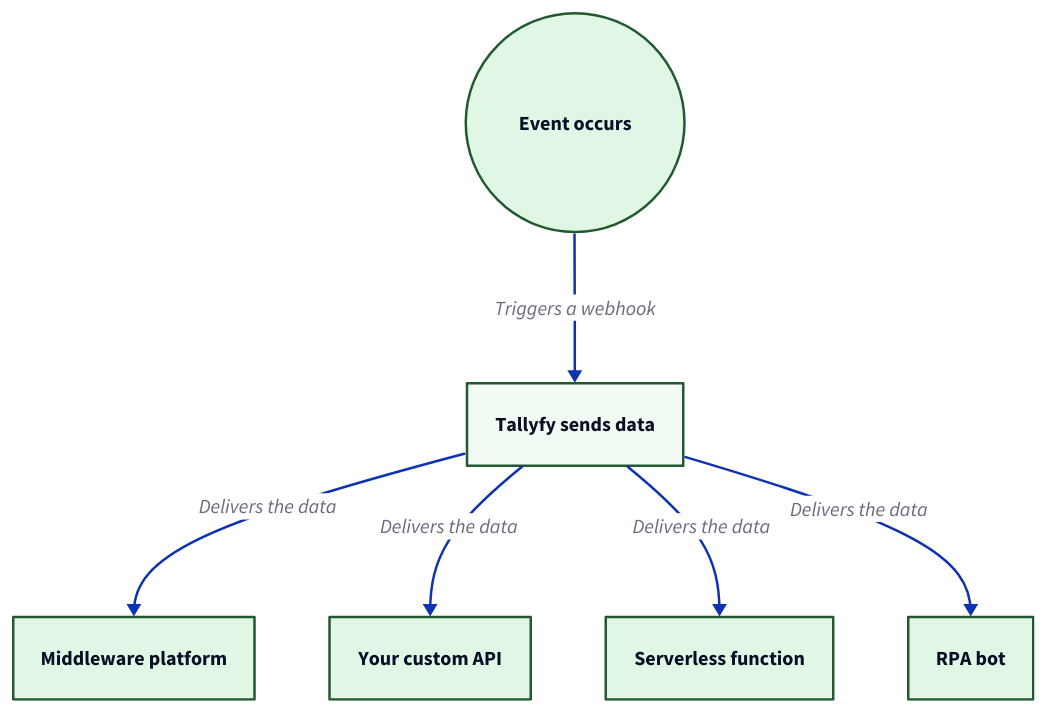
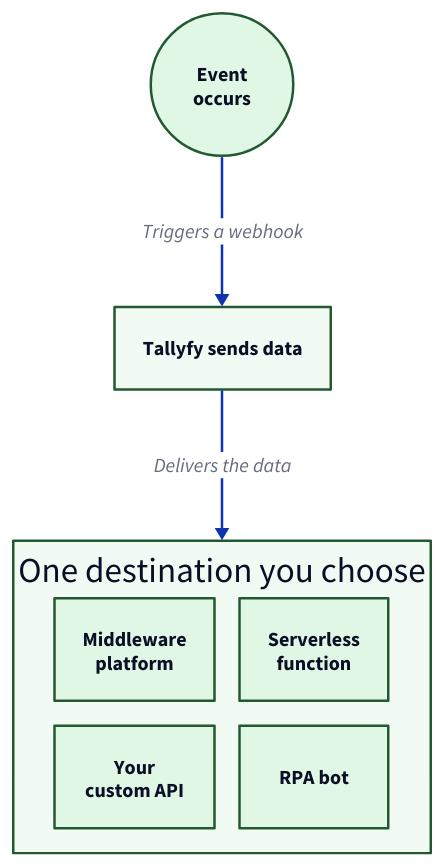
One commit to tallyfy/documentation changed the diagram in src/content/docs/pro/integrations/webhooks/index.mdx. Above: the diagram before and after it, drawn with D2. The commit also changed 14 other files, not shown here.

First line of the commit message:
Redraw 15 diagrams and remove 1 so their text reads at full size

````diff
--- a/src/content/docs/pro/integrations/webhooks/index.mdx
+++ b/src/content/docs/pro/integrations/webhooks/index.mdx
@@ -62,42 +62,46 @@
 ```d2
 # Tallyfy pushes an event out to your systems
 direction: down
 
-Event: Event occurs {
+Event: "Event\noccurs" {
   shape: circle
   style.fill: "#e1f7e6"
   style.stroke: "#225930"
   style.stroke-width: 2
 }
 
 Push: Tallyfy sends data {
   style.fill: "#f2faf4"
   style.stroke: "#225930"
 }
 
-Middleware: Middleware platform {
-  style.fill: "#e1f7e6"
+Dest: "One destination you choose" {
+  grid-columns: 2
+  grid-gap: 20
+  style.fill: "#f2faf4"
   style.stroke: "#225930"
-}
 
-CustomAPI: Your custom API {
-  style.fill: "#e1f7e6"
-  style.stroke: "#225930"
-}
+  Middleware: "Middleware\nplatform" {
+    style.fill: "#e1f7e6"
+    style.stroke: "#225930"
+  }
 
-Serverless: Serverless function {
-  style.fill: "#e1f7e6"
-  style.stroke: "#225930"
-}
+  CustomAPI: "Your\ncustom API" {
+    style.fill: "#e1f7e6"
+    style.stroke: "#225930"
+  }
 
-RPA: RPA bot {
-  style.fill: "#e1f7e6"
-  style.stroke: "#225930"
+  Serverless: "Serverless\nfunction" {
+    style.fill: "#e1f7e6"
+    style.stroke: "#225930"
+  }
+
+  RPA: RPA bot {
+    style.fill: "#e1f7e6"
+    style.stroke: "#225930"
+  }
 }
 
 Event -> Push: Triggers a webhook
-Push -> Middleware: Delivers the data
-Push -> CustomAPI: Delivers the data
-Push -> Serverless: Delivers the data
-Push -> RPA: Delivers the data
+Push -> Dest: Delivers the data
 ```
````
